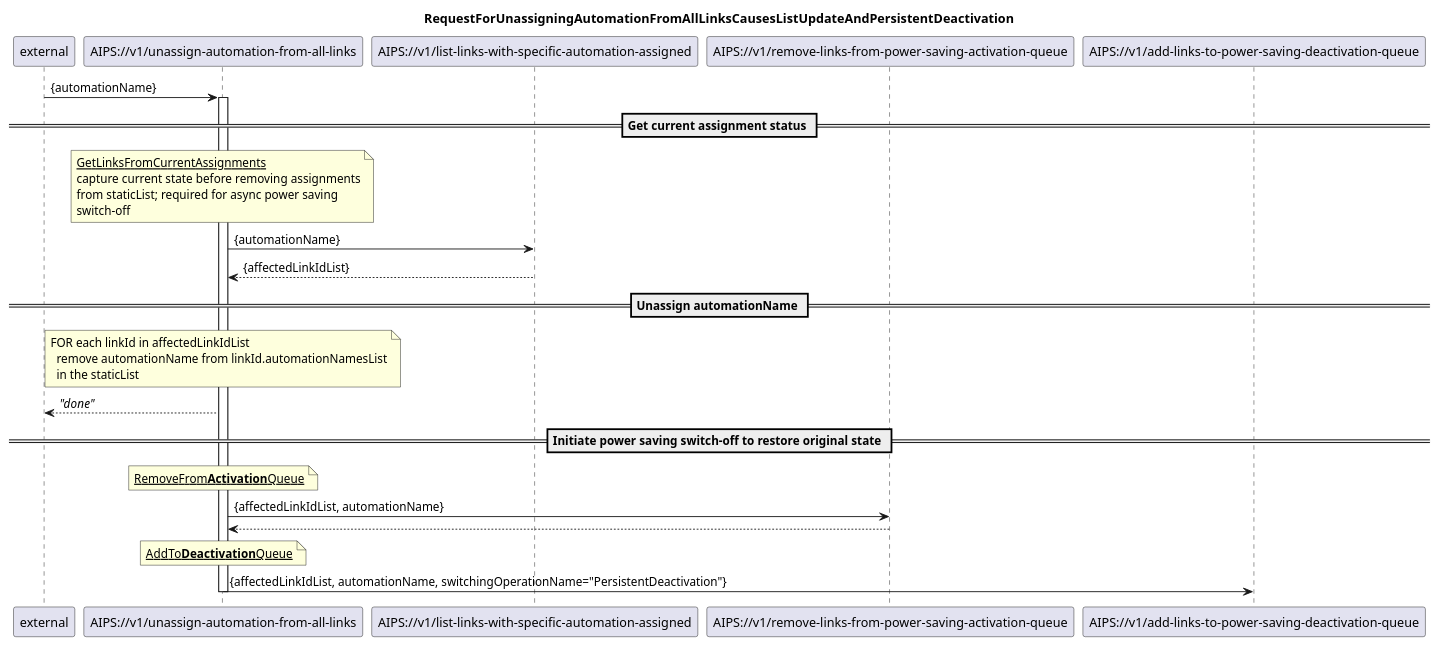
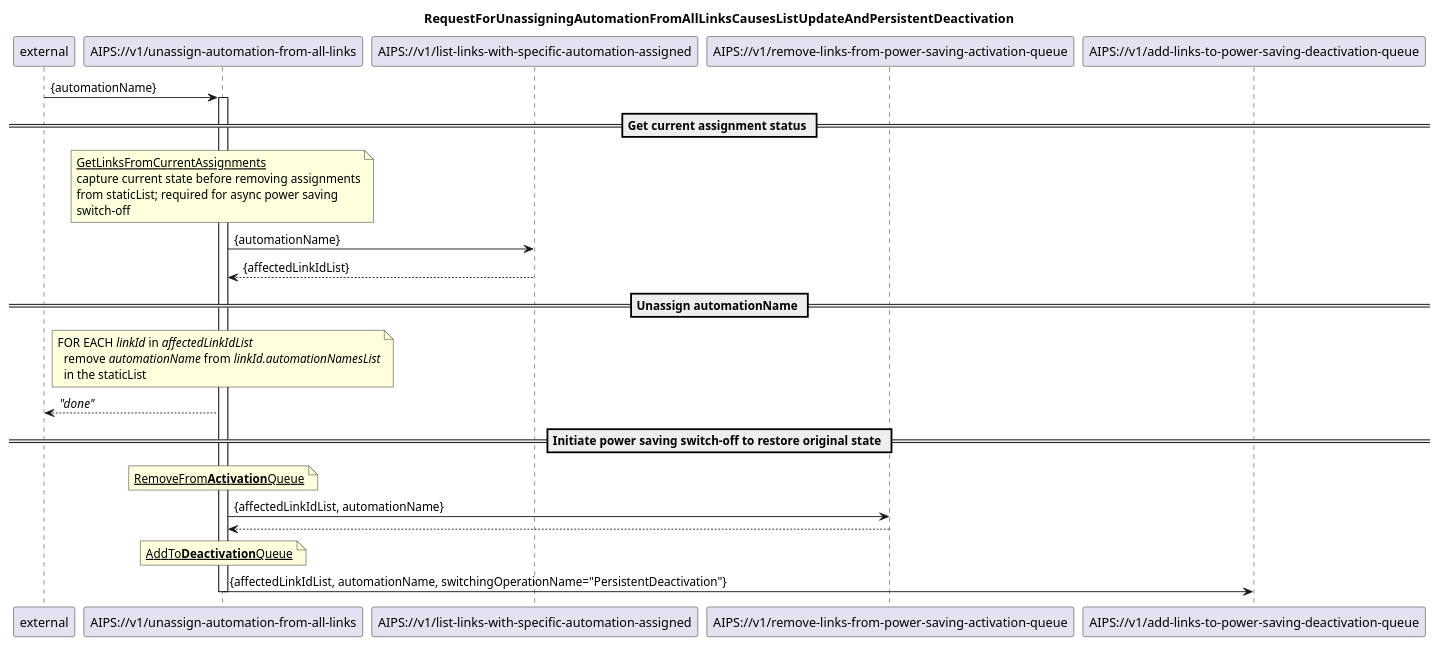
Before and after one commit to openBackhaul/AirInterfacePowerSaver: the diagram in spec/diagrams/01_AutomationManagement/b_complex services (initate restore)/105_unassignAutomationFromAllLinks.plantuml, drawn with PlantUML. The commit also changed 5 other files, not shown here.

Commit message:
modified 01 diagrams

```diff
--- a/spec/diagrams/01_AutomationManagement/b_complex services (initate restore)/105_unassignAutomationFromAllLinks.plantuml
+++ b/spec/diagrams/01_AutomationManagement/b_complex services (initate restore)/105_unassignAutomationFromAllLinks.plantuml
@@ -1,57 +1,57 @@
 @startuml 105_unassignAutomationFromAllLinks
 skinparam responseMessageBelowArrow true
 
 title
 RequestForUnassigningAutomationFromAllLinksCausesListUpdateAndPersistentDeactivation
 end title
 
 participant "external" as requestor
 participant "AIPS://v1/unassign-automation-from-all-links" as unassignAutomation
 participant "AIPS://v1/list-links-with-specific-automation-assigned" as listLinks
 participant "AIPS://v1/remove-links-from-power-saving-activation-queue" as stopSimpleActivation
 participant "AIPS://v1/add-links-to-power-saving-deactivation-queue" as startPersistentDeactivation
 
 
 requestor -> unassignAutomation: {automationName}
 activate unassignAutomation
 
 == Get current assignment status ==
 
 'get current assignments from staticList
 note over unassignAutomation
   <u>GetLinksFromCurrentAssignments</u>
   capture current state before removing assignments
   from staticList; required for async power saving
   switch-off
 end note
 unassignAutomation -> listLinks: {automationName}
 listLinks --> unassignAutomation: {affectedLinkIdList}
 
 == Unassign automationName ==
 
 'update staticList by removing automationName assignment for all links
 note over unassignAutomation
-  FOR each linkId in affectedLinkIdList
-    remove automationName from linkId.automationNamesList
+  FOR EACH <i>linkId</i> in <i>affectedLinkIdList</i>
+    remove <i>automationName</i> from <i>linkId.automationNamesList</i>
     in the staticList
 end note
 unassignAutomation --> requestor: <i>"done"</i>
 
 == Initiate power saving switch-off to restore original state ==
 
 'stop ongoing/planned power saving
 note over unassignAutomation
   <u>RemoveFrom<b>Activation</b>Queue</u>
 end note
 unassignAutomation -> stopSimpleActivation: {affectedLinkIdList, automationName}
 stopSimpleActivation --> unassignAutomation
 
 'initiate persistentDeactivation to turn power saving off
 note over unassignAutomation
   <u>AddTo<b>Deactivation</b>Queue</u>
 end note
 unassignAutomation -> startPersistentDeactivation: {affectedLinkIdList, automationName, switchingOperationName="PersistentDeactivation"}
 
 deactivate unassignAutomation
 
 @enduml
```
